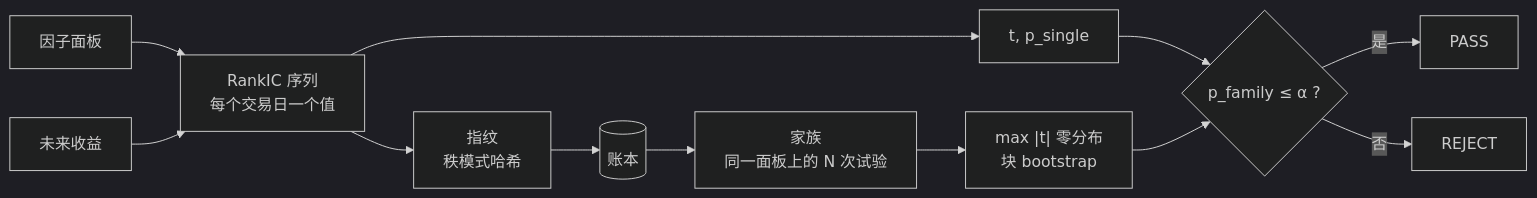
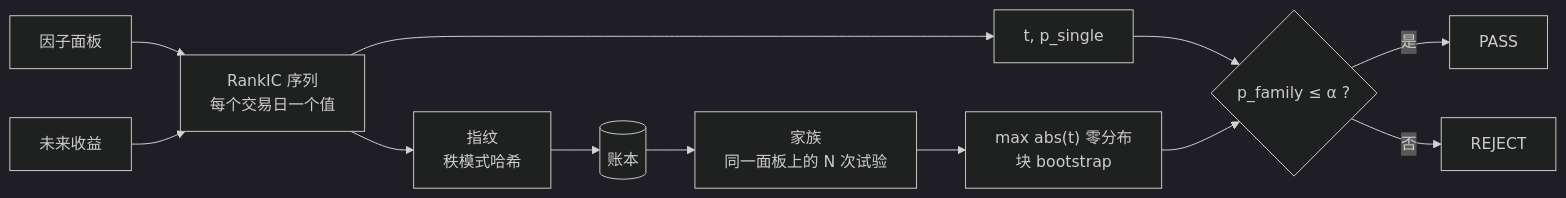
Before and after one commit to ZhenHaoFu810/alphaledger: the diagram in README.zh-CN.md, drawn with Mermaid (dark theme). The commit also changed other lines of this file and 2 other files, not shown here.

````diff
--- a/README.zh-CN.md
+++ b/README.zh-CN.md
@@ -59,14 +59,14 @@
 ```mermaid
 flowchart LR
     F["因子面板"] --> IC["RankIC 序列<br/>每个交易日一个值"]
     R["未来收益"] --> IC
     IC --> ID["指纹<br/>秩模式哈希"]
     IC --> ST["t, p_single"]
     ID --> L[("账本")]
     L --> FAM["家族<br/>同一面板上的 N 次试验"]
-    FAM --> NUL["max |t| 零分布<br/>块 bootstrap"]
+    FAM --> NUL["max abs(t) 零分布<br/>块 bootstrap"]
     ST --> G{"p_family ≤ α ?"}
     NUL --> G
     G -->|是| P["PASS"]
     G -->|否| X["REJECT"]
 ```
````
